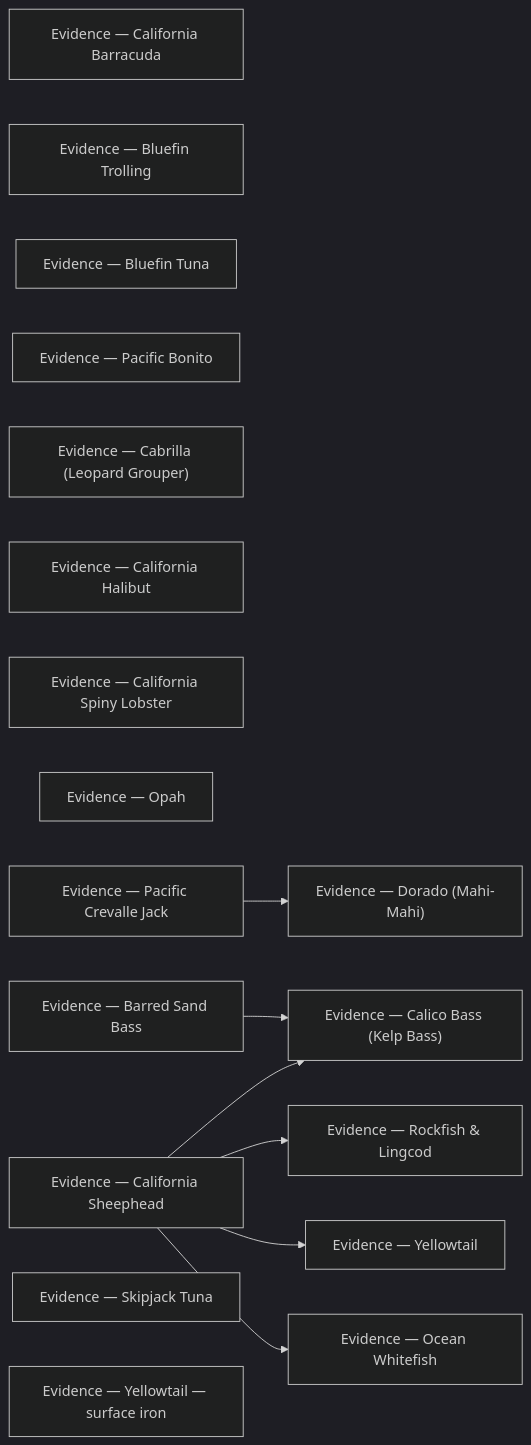
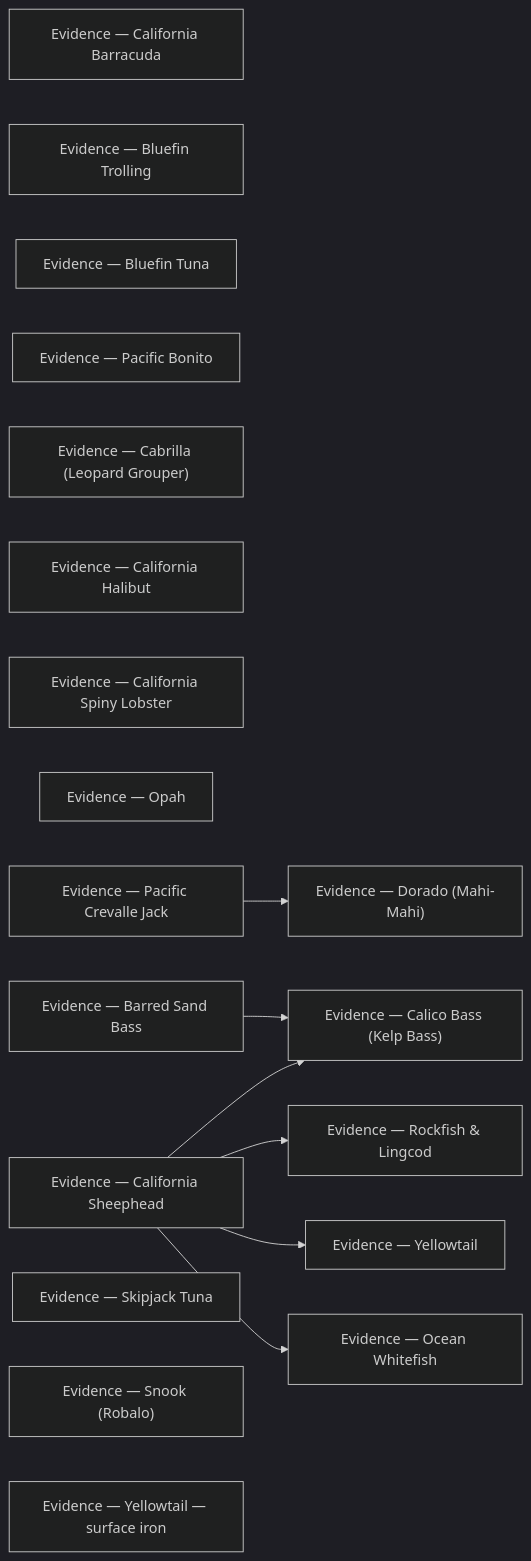
Before and after one commit to camchuckpete-max/Socal-Fishing-Knowledge: the diagram in species/evidence/README.md, drawn with Mermaid (dark theme). The commit also changed other lines of this file and 16 other files, not shown here.

````diff
--- a/species/evidence/README.md
+++ b/species/evidence/README.md
@@ -31,27 +32,28 @@
 ```mermaid
 graph LR
   n0["Evidence — California Barracuda"]
   n1["Evidence — Bluefin Trolling"]
   n2["Evidence — Bluefin Tuna"]
   n3["Evidence — Pacific Bonito"]
   n4["Evidence — Cabrilla (Leopard Grouper)"]
   n5["Evidence — Calico Bass (Kelp Bass)"]
   n6["Evidence — California Halibut"]
   n7["Evidence — California Spiny Lobster"]
   n8["Evidence — Dorado (Mahi-Mahi)"]
   n9["Evidence — Ocean Whitefish"]
   n10["Evidence — Opah"]
   n11["Evidence — Pacific Crevalle Jack"]
   n12["Evidence — Rockfish & Lingcod"]
   n13["Evidence — Barred Sand Bass"]
   n14["Evidence — California Sheephead"]
   n15["Evidence — Skipjack Tuna"]
-  n16["Evidence — Yellowtail — surface iron"]
-  n17["Evidence — Yellowtail"]
+  n16["Evidence — Snook (Robalo)"]
+  n17["Evidence — Yellowtail — surface iron"]
+  n18["Evidence — Yellowtail"]
   n11 --> n8
   n13 --> n5
   n14 --> n12
-  n14 --> n17
+  n14 --> n18
   n14 --> n5
   n14 --> n9
 ```
````
